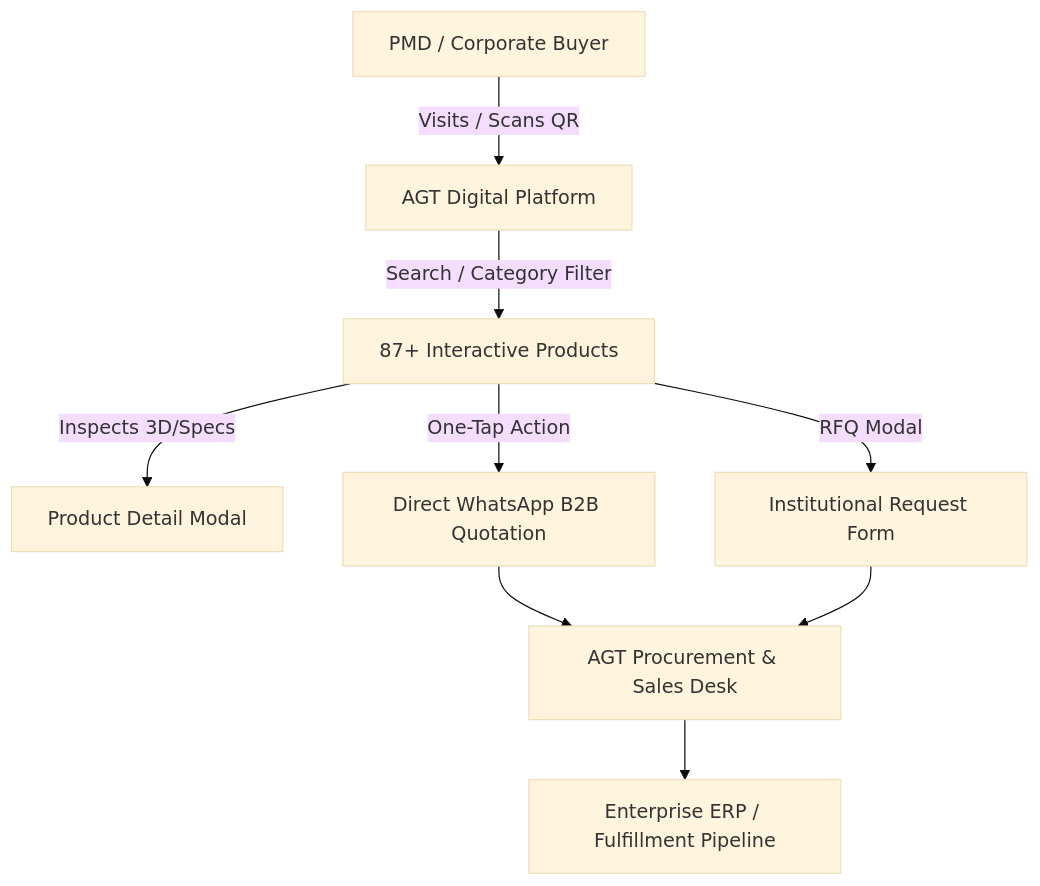
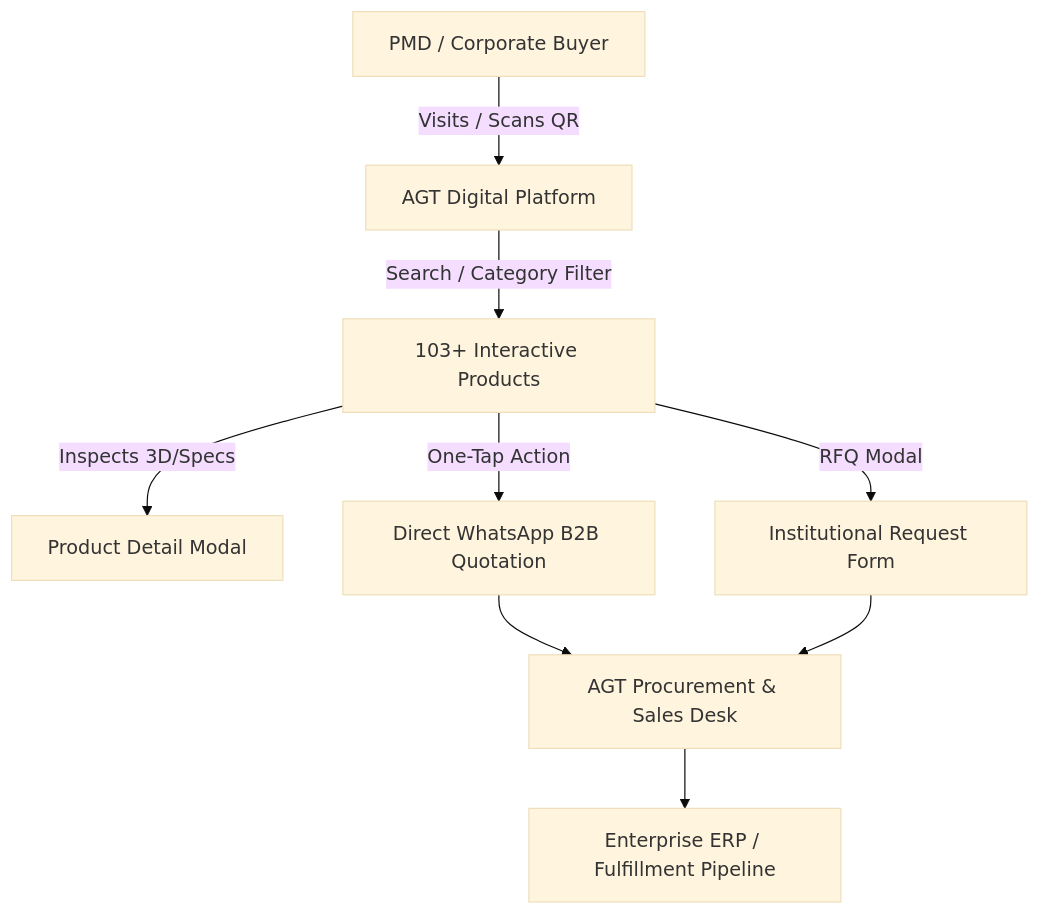
One commit to TalhaTamim45/agt-platform changed the first of 2 diagrams in PROJECT.md. Above: the diagram before and after it, drawn with Mermaid (base theme). The commit also changed other lines of this file and 18 other files, not shown here.

````diff
--- a/PROJECT.md
+++ b/PROJECT.md
@@ -36,11 +36,11 @@
 ```mermaid
 graph TD
     Client[PMD / Corporate Buyer] -->|Visits / Scans QR| WebPlatform[AGT Digital Platform]
-    WebPlatform -->|Search / Category Filter| Catalog[87+ Interactive Products]
+    WebPlatform -->|Search / Category Filter| Catalog[103+ Interactive Products]
     Catalog -->|Inspects 3D/Specs| DetailModal[Product Detail Modal]
     Catalog -->|One-Tap Action| WhatsApp[Direct WhatsApp B2B Quotation]
     Catalog -->|RFQ Modal| QuoteRequest[Institutional Request Form]
     WhatsApp --> SalesTeam[AGT Procurement & Sales Desk]
     QuoteRequest --> SalesTeam
     SalesTeam --> ERP[Enterprise ERP / Fulfillment Pipeline]
 ```
````
